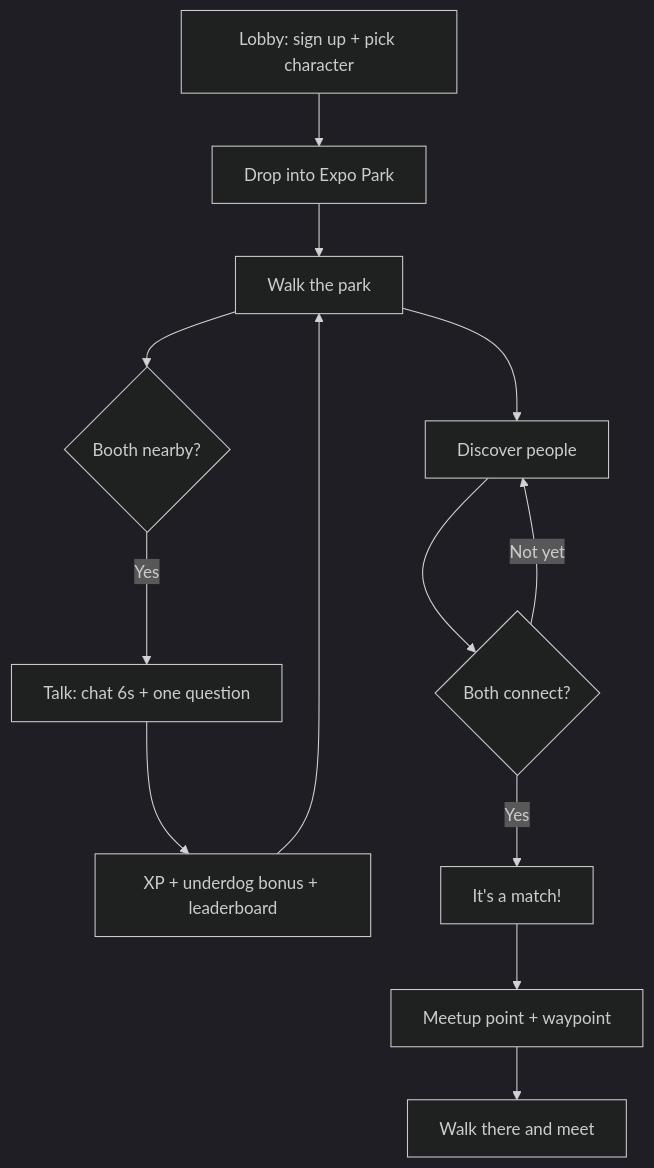
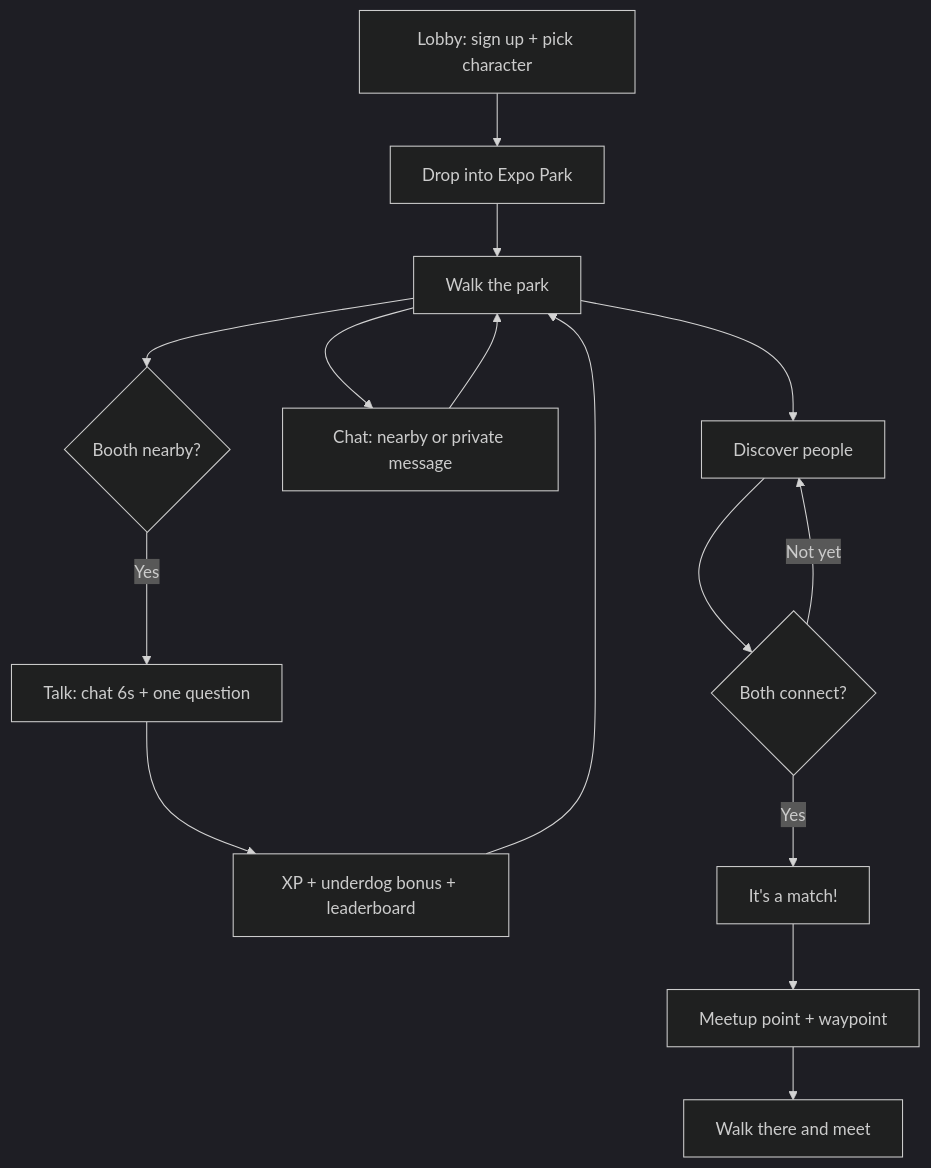
One commit to anonymousminh/salty-cluster changed the first of 2 diagrams in MeetSpace_Hackathon_MVP.md. Above: the diagram before and after it, drawn with Mermaid (dark theme). The commit also changed other lines of this file and 40 other files, not shown here.

````diff
--- a/MeetSpace_Hackathon_MVP.md
+++ b/MeetSpace_Hackathon_MVP.md
@@ -42,15 +44,17 @@
 ```mermaid
 flowchart TD
     A[Lobby: sign up + pick character] --> B[Drop into Expo Park]
     B --> C[Walk the park]
     C --> D{Booth nearby?}
     D -->|Yes| E[Talk: chat 6s + one question]
     E --> F[XP + underdog bonus + leaderboard]
     F --> C
+    C --> T[Chat: nearby or private message]
+    T --> C
     C --> G[Discover people]
     G --> H{Both connect?}
     H -->|Not yet| G
     H -->|Yes| I[It's a match!]
     I --> J[Meetup point + waypoint]
     J --> K[Walk there and meet]
 ```
````
